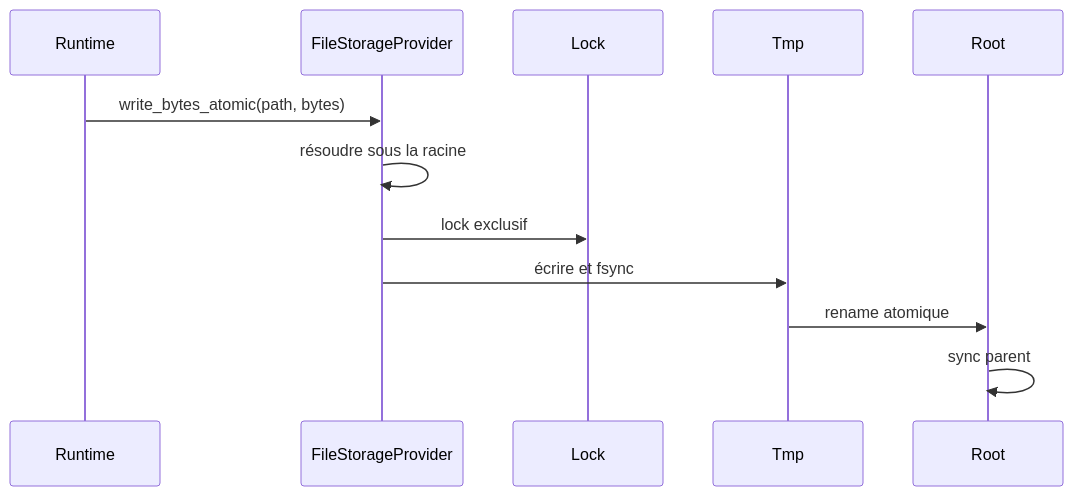
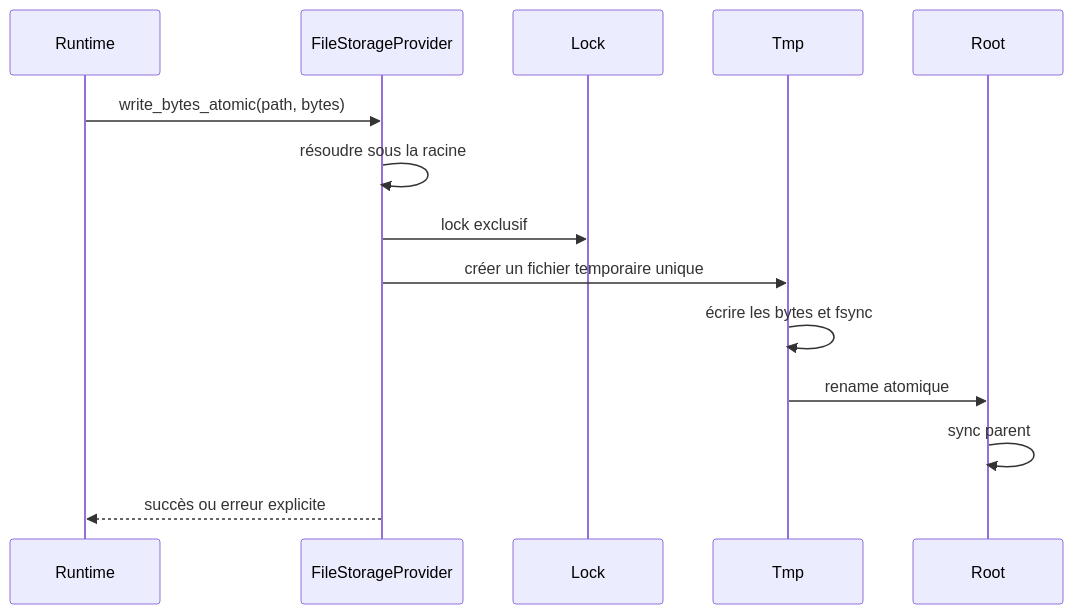
Before and after one commit to dnettoRaw/appcore-wiki: the first of 3 diagrams in i18n/fr/docusaurus-plugin-content-docs/current/architecture/storage.md, drawn with Mermaid. The commit also changed other lines of this file and 16 other files, not shown here.

````diff
--- a/i18n/fr/docusaurus-plugin-content-docs/current/architecture/storage.md
+++ b/i18n/fr/docusaurus-plugin-content-docs/current/architecture/storage.md
@@ -26,14 +26,16 @@
 ```mermaid
 sequenceDiagram
     participant Runtime
     participant Provider as FileStorageProvider
     participant Lock
     participant Tmp
     participant Root
     Runtime->>Provider: write_bytes_atomic(path, bytes)
     Provider->>Provider: résoudre sous la racine
     Provider->>Lock: lock exclusif
-    Provider->>Tmp: écrire et fsync
+    Provider->>Tmp: créer un fichier temporaire unique
+    Tmp->>Tmp: écrire les bytes et fsync
     Tmp->>Root: rename atomique
     Root->>Root: sync parent
+    Provider-->>Runtime: succès ou erreur explicite
 ```
````
